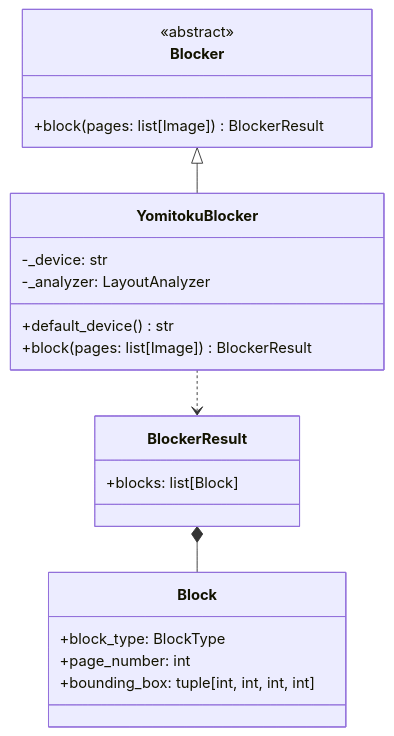
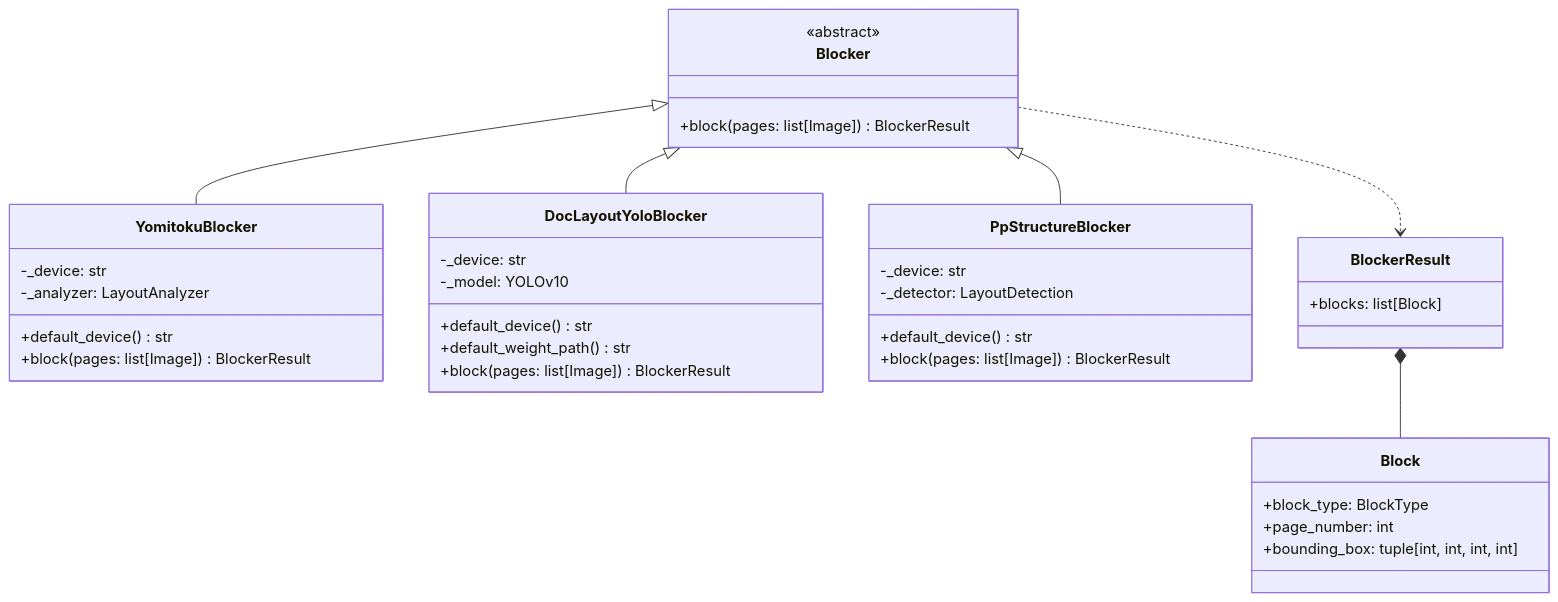
Before and after one commit to konbraphat51/SuperSuat: the first of 2 diagrams in Uploader/OcrModule/Blocked/Docs/Blocker.ja.md, drawn with Mermaid. The commit also changed other lines of this file and 1 other file, not shown here.

Commit message:
docs: describe the DocLayout-YOLO and PP-StructureV3 blockers

````diff
--- a/Uploader/OcrModule/Blocked/Docs/Blocker.ja.md
+++ b/Uploader/OcrModule/Blocked/Docs/Blocker.ja.md
@@ -11,24 +11,39 @@
 ```mermaid
 classDiagram
     class Blocker {
         <<abstract>>
         +block(pages: list[Image]) BlockerResult
     }
     class YomitokuBlocker {
         -_device: str
         -_analyzer: LayoutAnalyzer
         +default_device() str
         +block(pages: list[Image]) BlockerResult
     }
+    class DocLayoutYoloBlocker {
+        -_device: str
+        -_model: YOLOv10
+        +default_device() str
+        +default_weight_path() str
+        +block(pages: list[Image]) BlockerResult
+    }
+    class PpStructureBlocker {
+        -_device: str
+        -_detector: LayoutDetection
+        +default_device() str
+        +block(pages: list[Image]) BlockerResult
+    }
     class BlockerResult {
         +blocks: list[Block]
     }
     class Block {
         +block_type: BlockType
         +page_number: int
         +bounding_box: tuple[int, int, int, int]
     }
     Blocker <|-- YomitokuBlocker
-    YomitokuBlocker ..> BlockerResult
+    Blocker <|-- DocLayoutYoloBlocker
+    Blocker <|-- PpStructureBlocker
+    Blocker ..> BlockerResult
     BlockerResult *-- Block
 ```
````
